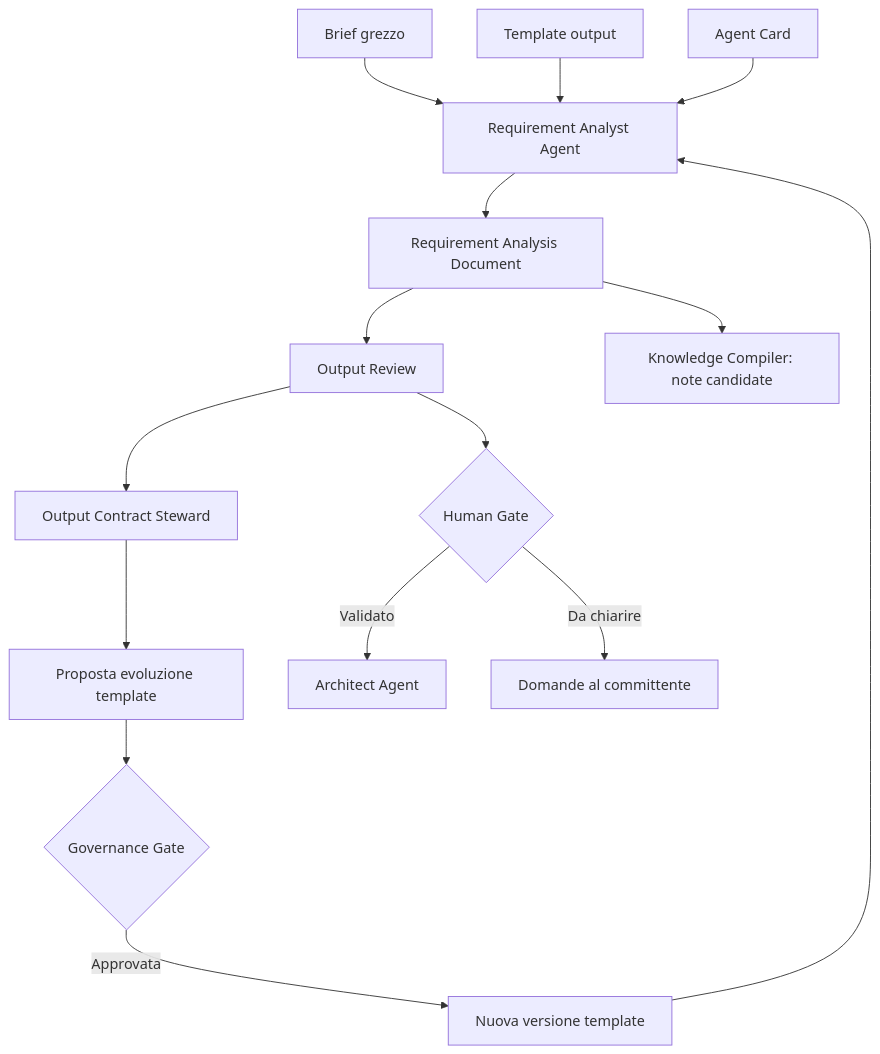
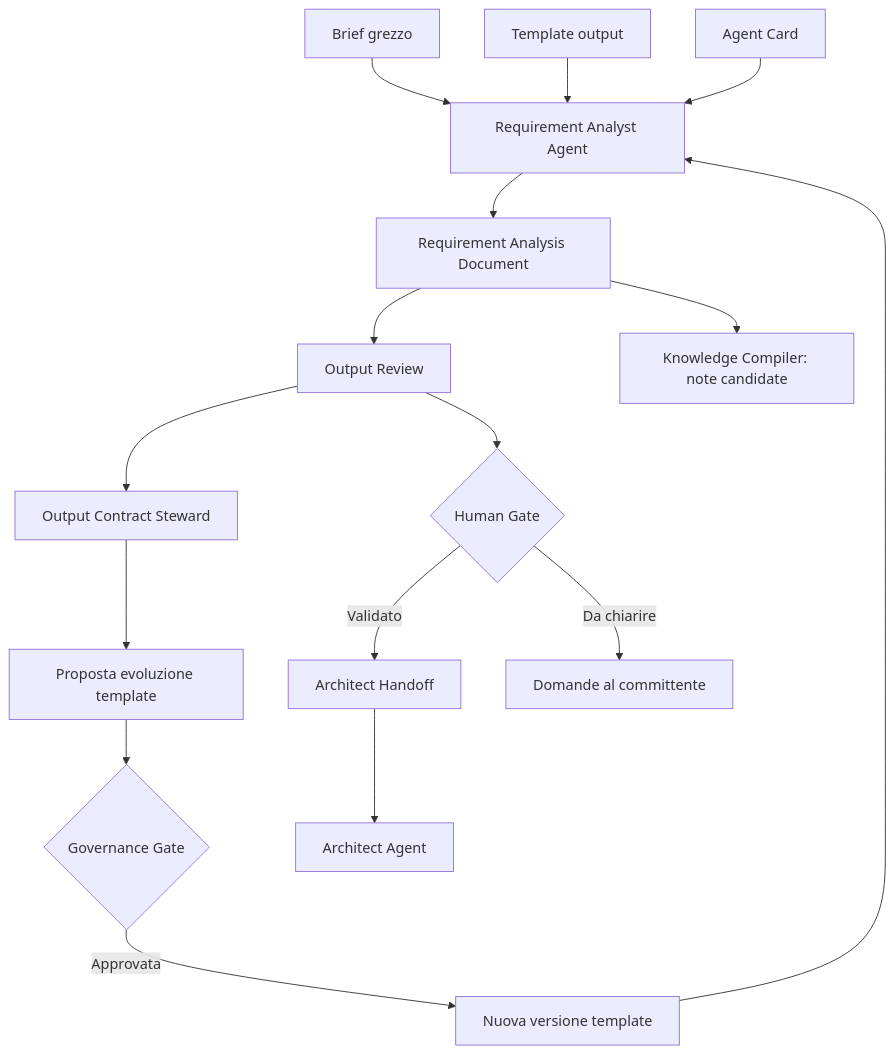
Before and after one commit to EnricoPaparo/AgentFactory: the first of 2 diagrams in lessons/07-template-output-requirement-analysis.md, drawn with Mermaid. The commit also changed other lines of this file and 18 other files, not shown here.

````diff
--- a/lessons/07-template-output-requirement-analysis.md
+++ b/lessons/07-template-output-requirement-analysis.md
@@ -547,17 +547,18 @@
 ```mermaid
 flowchart TD
   B[Brief grezzo] --> RA[Requirement Analyst Agent]
   T[Template output] --> RA
   AC[Agent Card] --> RA
   RA --> D[Requirement Analysis Document]
   D --> V[Output Review]
   V --> H{Human Gate}
   V --> OCS[Output Contract Steward]
   OCS --> P[Proposta evoluzione template]
   P --> G{Governance Gate}
   G -->|Approvata| T2[Nuova versione template]
   T2 --> RA
-  H -->|Validato| A[Architect Agent]
+  H -->|Validato| AH[Architect Handoff]
+  AH --> A[Architect Agent]
   H -->|Da chiarire| Q[Domande al committente]
   D --> KC[Knowledge Compiler: note candidate]
 ```
````
